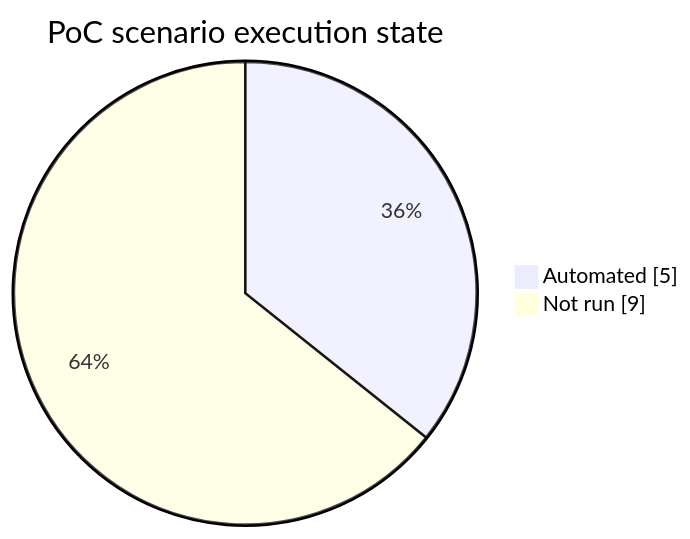
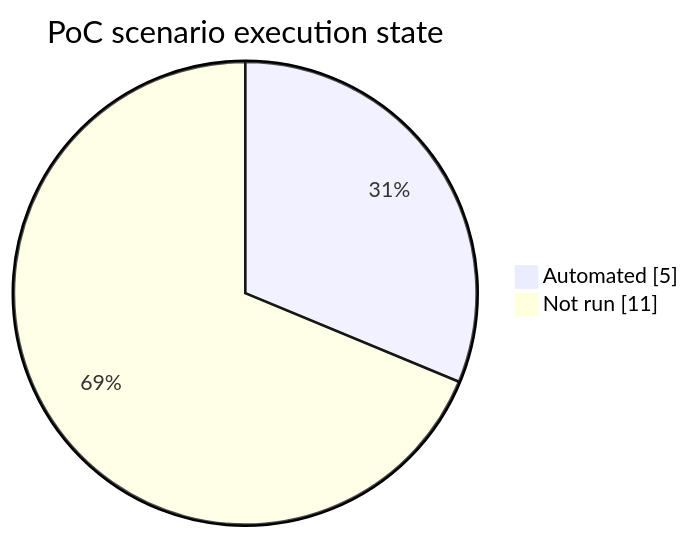
Before and after one commit to tomqwu/apim: the second of 3 diagrams in reports/evidence-state.md, drawn with Mermaid. The commit also changed other lines of this file and 85 other files, not shown here.

````diff
--- a/reports/evidence-state.md
+++ b/reports/evidence-state.md
@@ -28,6 +28,6 @@
 ```mermaid
 pie showData
   title PoC scenario execution state
   "Automated" : 5
-  "Not run" : 9
+  "Not run" : 11
 ```
````
